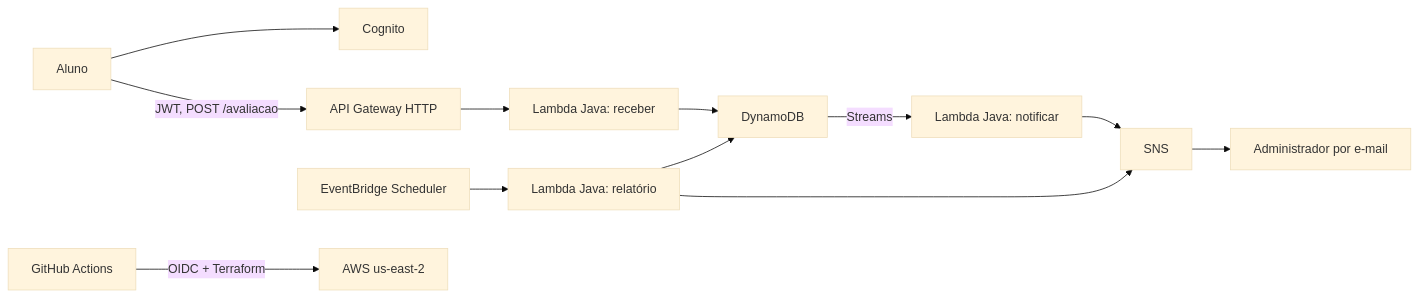
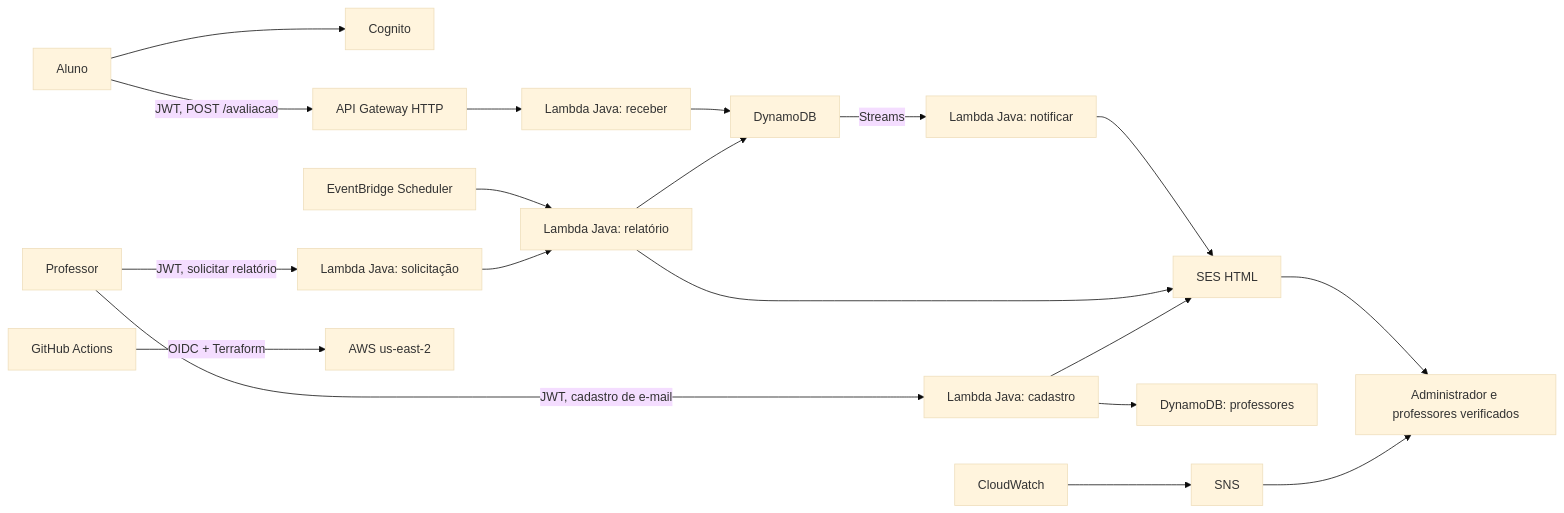
The diagram in README.md (wandrad3/feedback-do-aluno), drawn with Mermaid (base theme) before and after one commit. The commit also changed other lines of this file and 20 other files, not shown here.

Commit message:
Adiciona cadastro de professores, relatorio manual e email HTML

````diff
--- a/README.md
+++ b/README.md
@@ -7,14 +7,21 @@
 ```mermaid
 flowchart LR
   Aluno --> Cognito
   Aluno -->|JWT, POST /avaliacao| API[API Gateway HTTP]
   API --> Receber[Lambda Java: receber]
   Receber --> DynamoDB
   DynamoDB -->|Streams| Notificar[Lambda Java: notificar]
-  Notificar --> SNS
+  Notificar --> SES[SES HTML]
   Scheduler[EventBridge Scheduler] --> Relatorio[Lambda Java: relatório]
   Relatorio --> DynamoDB
-  Relatorio --> SNS
-  SNS --> Email[Administrador por e-mail]
+  Relatorio --> SES
+  Professor -->|JWT, cadastro de e-mail| Cadastro[Lambda Java: cadastro]
+  Cadastro --> SES
+  Cadastro --> ProfessoresDB[DynamoDB: professores]
+  Professor -->|JWT, solicitar relatório| Solicitar[Lambda Java: solicitação]
+  Solicitar --> Relatorio
+  SES --> Email[Administrador e professores verificados]
+  Alarmes[CloudWatch] --> SNS
+  SNS --> Email
   GitHub[GitHub Actions] -->|OIDC + Terraform| AWS[AWS us-east-2]
 ```
````
